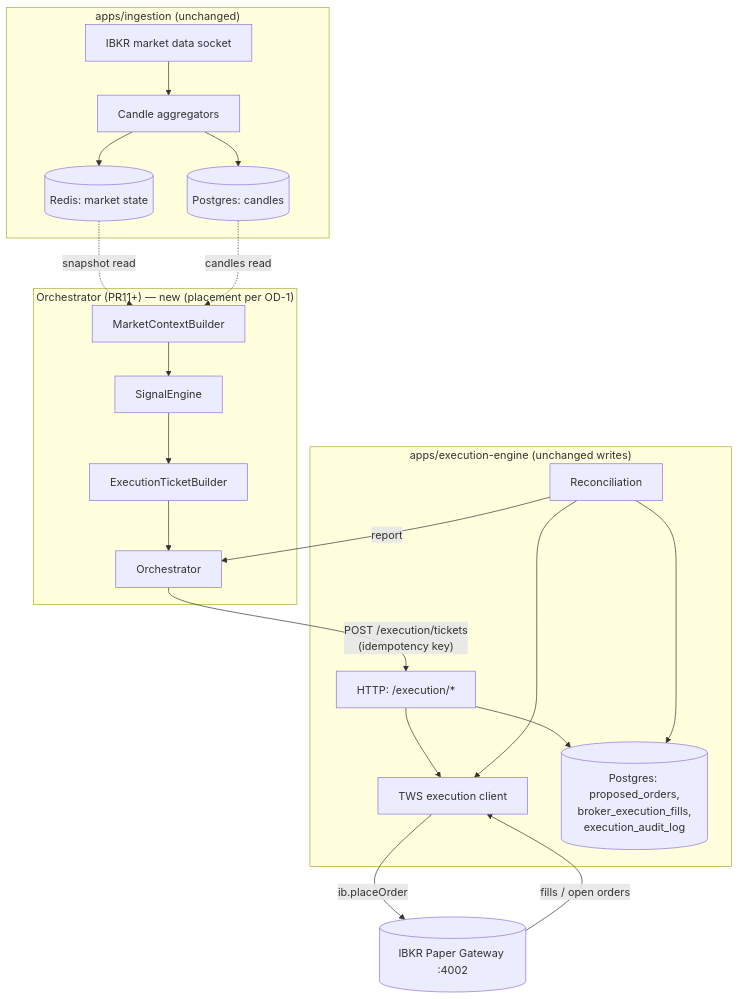
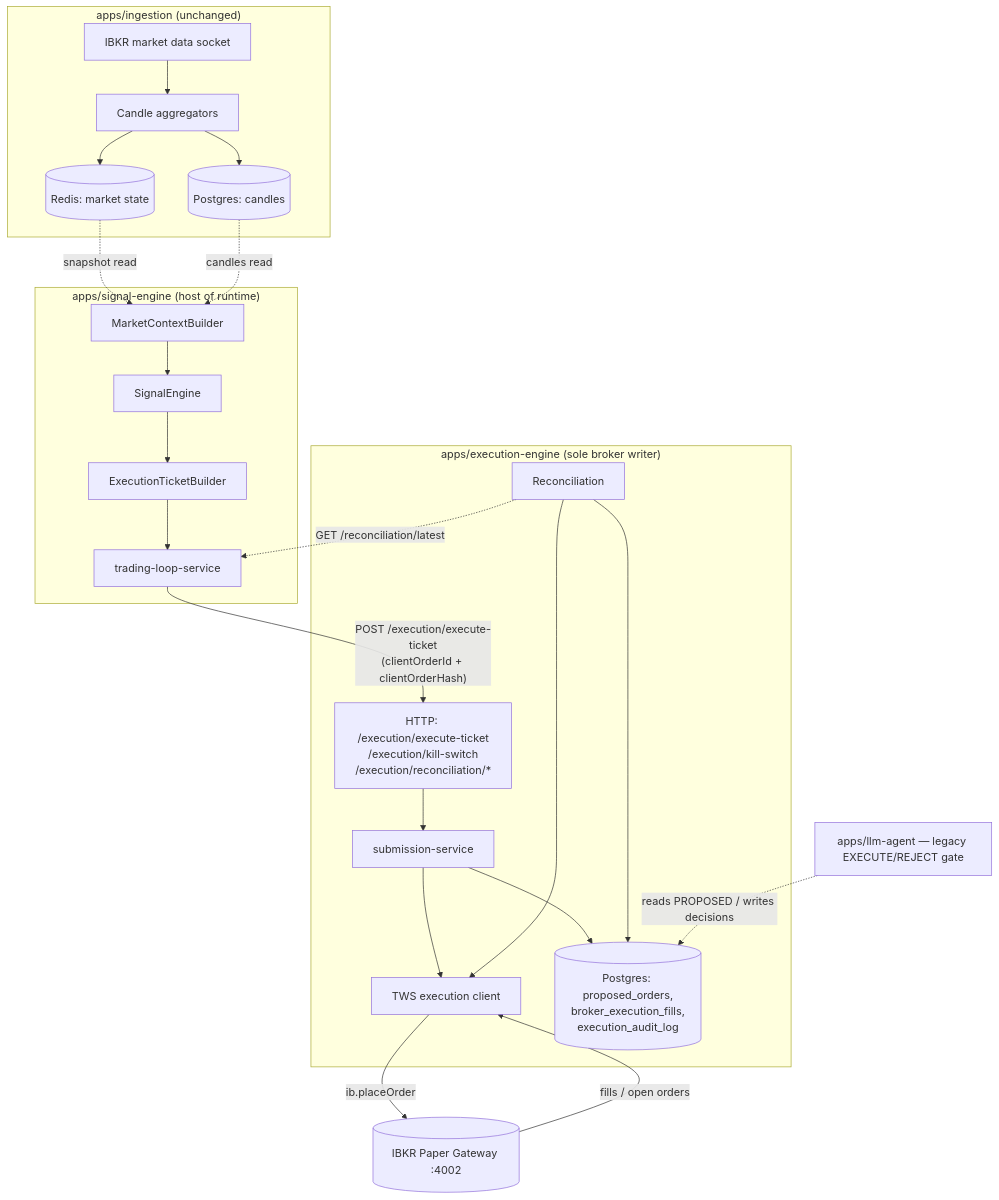
The diagram in docs/implementation/phase2/RUNTIME_FLOW.md (dwojtyca/ikbr-trader), drawn with Mermaid before and after one commit. The commit also changed other lines of this file and 37 other files, not shown here.

````diff
--- a/docs/implementation/phase2/RUNTIME_FLOW.md
+++ b/docs/implementation/phase2/RUNTIME_FLOW.md
@@ -9,39 +12,42 @@
 ```mermaid
 flowchart TD
   subgraph ingestion["apps/ingestion (unchanged)"]
     IB1[IBKR market data socket]
     AGG[Candle aggregators]
     PG1[(Postgres: candles)]
     RDS[(Redis: market state)]
     IB1 --> AGG --> PG1
     AGG --> RDS
   end
 
-  subgraph orch["Orchestrator (PR11+) — new (placement per OD-1)"]
+  subgraph signal["apps/signal-engine (host of runtime)"]
     MCB[MarketContextBuilder]
     SIG[SignalEngine]
     TIX[ExecutionTicketBuilder]
-    ORC[Orchestrator]
-    MCB --> SIG --> TIX --> ORC
+    LOOP[trading-loop-service]
+    MCB --> SIG --> TIX --> LOOP
   end
 
-  subgraph exec["apps/execution-engine (unchanged writes)"]
-    API[HTTP: /execution/*]
+  subgraph exec["apps/execution-engine (sole broker writer)"]
+    API["HTTP: /execution/execute-ticket\n/execution/kill-switch\n/execution/reconciliation/*"]
+    SUB[submission-service]
     TWS[TWS execution client]
-    PG2[(Postgres: proposed_orders,\nbroker_execution_fills,\nexecution_audit_log)]
+    PG2[("Postgres: proposed_orders,\nbroker_execution_fills,\nexecution_audit_log")]
     RECON[Reconciliation]
-    API --> PG2
-    API --> TWS
+    API --> SUB --> PG2
+    SUB --> TWS
     RECON --> PG2
     RECON --> TWS
   end
 
   IBKR[(IBKR Paper Gateway :4002)]
+  LLM[apps/llm-agent — legacy EXECUTE/REJECT gate]
 
   RDS -.snapshot read.-> MCB
   PG1 -.candles read.-> MCB
-  ORC -- POST /execution/tickets\n(idempotency key) --> API
+  LOOP -- POST /execution/execute-ticket\n(clientOrderId + clientOrderHash) --> API
+  LLM -. reads PROPOSED / writes decisions .-> PG2
   TWS -- ib.placeOrder --> IBKR
   IBKR -- fills / open orders --> TWS
-  RECON -- report --> ORC
+  RECON -. GET /reconciliation/latest .-> LOOP
 ```
````
